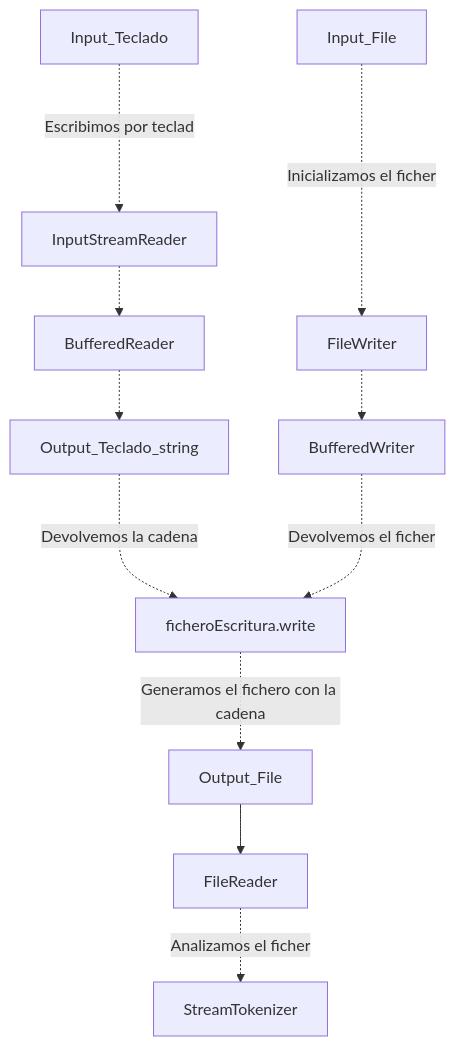
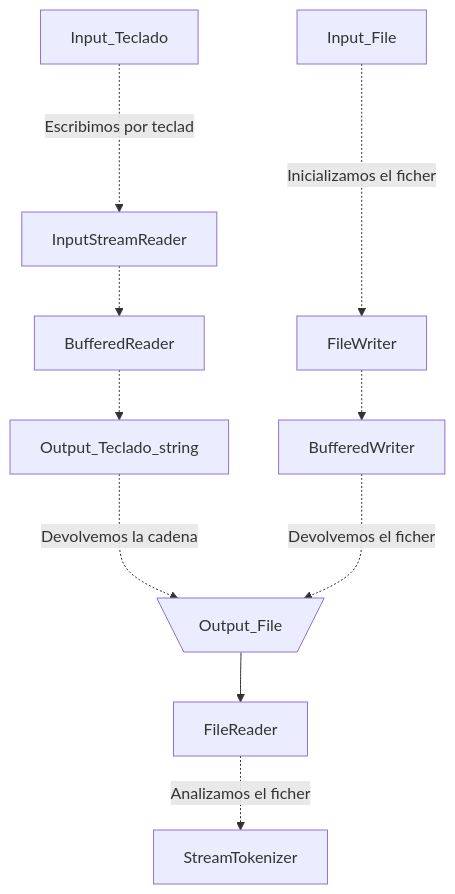
One commit to cdmzero/StreamTokenizer changed the second of 2 diagrams in README.md. Above: the diagram before and after it, drawn with Mermaid. The commit also changed other lines of this file, not shown here.

`````diff
--- a/README.md
+++ b/README.md
@@ -53,11 +60,9 @@
 ```mermaid 
 graph TD;
     Input_Teclado-.Escribimos por teclado..->InputStreamReader-.->BufferedReader-.->Output_Teclado_string;
-    Output_Teclado_string-.Devolvemos la cadena..->ficheroEscritura.write;
-    Input_File-. Inicializamos el fichero...->FileWriter-.->BufferedWriter-.Devolvemos el fichero..->ficheroEscritura.write;
-    
-    ficheroEscritura.write-.Generamos el fichero con la cadena.->Output_File
+    Output_Teclado_string-.Devolvemos la cadena..->Output_File;
+    Input_File-. Inicializamos el fichero...->FileWriter-.->BufferedWriter-.Devolvemos el fichero..->Output_File[\Output_File/];
     Output_File-->FileReader
     FileReader-.Analizamos el fichero.->StreamTokenizer;
    
 ````
`````
